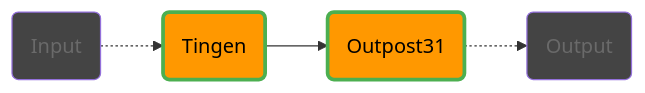
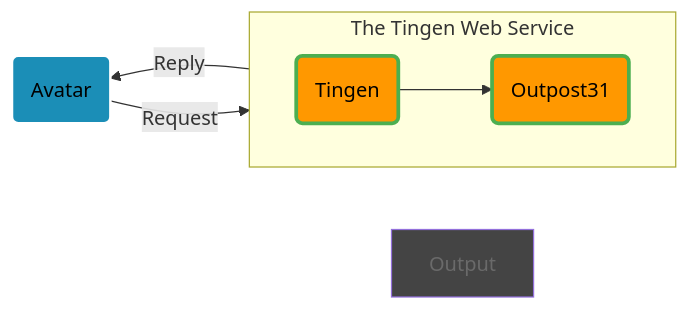
Before and after one commit to spectrum-health-systems/tingen-web-service: the first of 2 diagrams in README.md, drawn with Mermaid.

````diff
--- a/README.md
+++ b/README.md
@@ -52,8 +52,16 @@
 ```mermaid
-flowchart LR
-Input(Input) -.-> Tingen(Tingen) --> Outpost31(Outpost31) -.-> Output(Output)
-style Input color:#6A6A6A,fill:#444444
-style Tingen color:#000000,fill:#ff9800,stroke:#4caf50,stroke-width:3px
-style Outpost31 color:#000000,fill:#ff9800,stroke:#4caf50,stroke-width:3px
-style Output color:#6A6A6A,fill:#444444
+flowchart RL
+  subgraph TingenWebService["The Tingen Web Service"]
+    direction LR
+    %% Components
+    Tingen(Tingen)
+    Outpost31(Outpost31) 
+  end
+  %% Layout
+  Avatar(Avatar) -- Request --> Tingen --> Outpost31 -- Reply --> Avatar
+  %% Styles
+  style Avatar color:#000000,fill:#1b8eb7,stroke:#FFFFFF,stroke-width:2px
+  style Tingen color:#000000,fill:#ff9800,stroke:#4caf50,stroke-width:3px
+  style Outpost31 color:#000000,fill:#ff9800,stroke:#4caf50,stroke-width:3px
+  style Output color:#6A6A6A,fill:#444444
 ```
````
